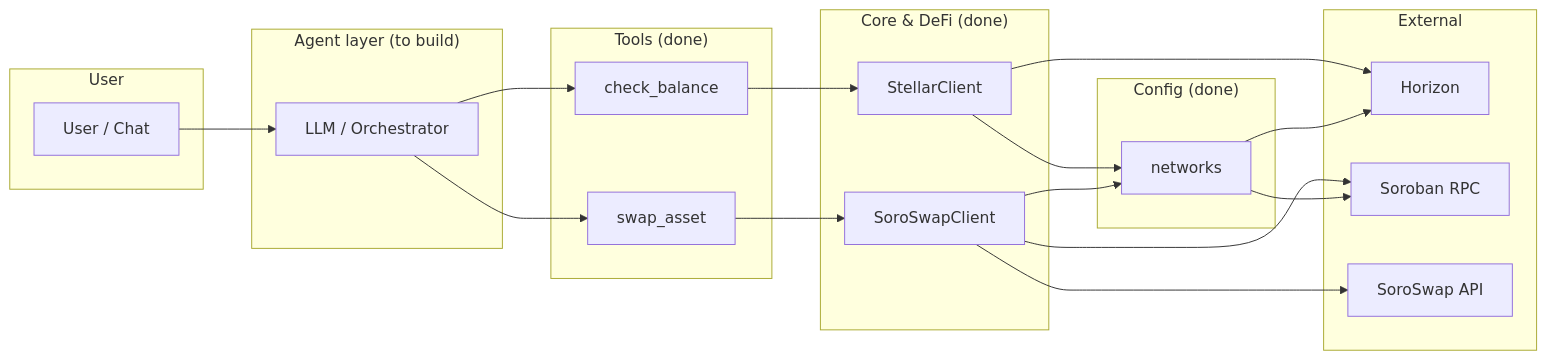
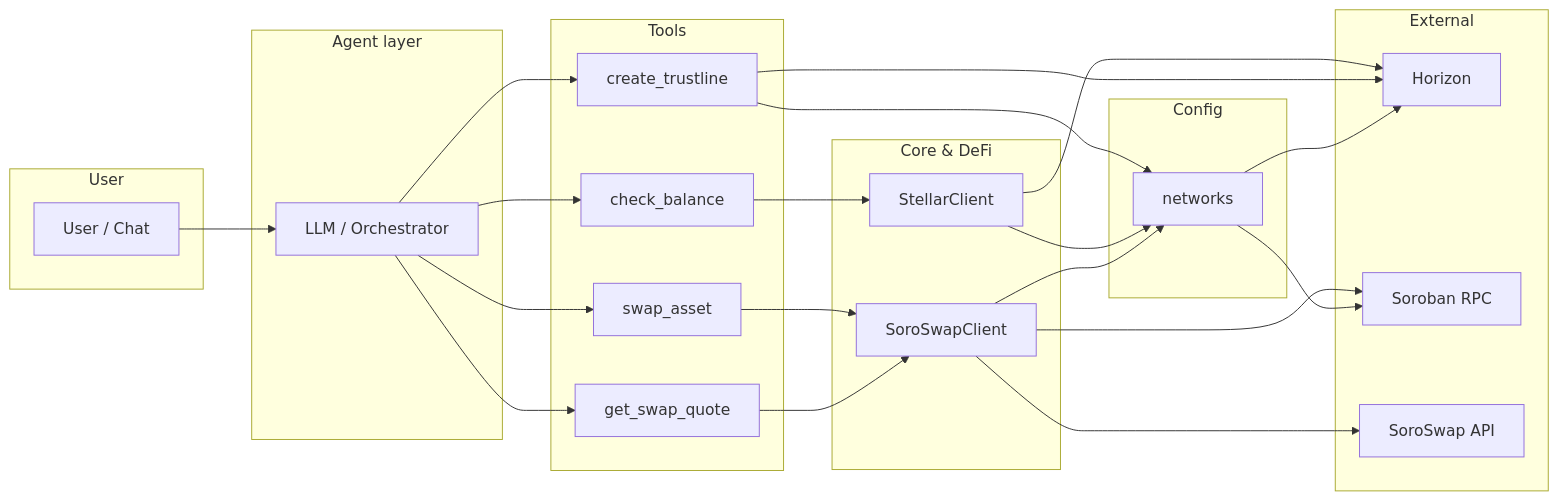
One commit to CodewMilan/stellar-agent-kit changed the first of 7 diagrams in FLOWCHART.md. Above: the diagram before and after it, drawn with Mermaid. The commit also changed other lines of this file, not shown here.

````diff
--- a/FLOWCHART.md
+++ b/FLOWCHART.md
@@ -9,43 +9,50 @@
 ```mermaid
 flowchart LR
     subgraph User
         U[User / Chat]
     end
 
-    subgraph Agent Layer["Agent layer (to build)"]
+    subgraph Agent["Agent layer"]
         A[LLM / Orchestrator]
     end
 
-    subgraph Tools["Tools (done)"]
+    subgraph Tools["Tools"]
         T1[check_balance]
         T2[swap_asset]
+        T3[create_trustline]
+        T4[get_swap_quote]
     end
 
-    subgraph Core["Core & DeFi (done)"]
+    subgraph Core["Core & DeFi"]
         C[StellarClient]
         D[SoroSwapClient]
     end
 
-    subgraph Config["Config (done)"]
+    subgraph Config["Config"]
         N[networks]
     end
 
     subgraph External["External"]
         H[Horizon]
         R[Soroban RPC]
         API[SoroSwap API]
     end
 
     U --> A
     A --> T1
     A --> T2
+    A --> T3
+    A --> T4
     T1 --> C
     T2 --> D
+    T3 --> N
+    T4 --> D
     C --> N
     D --> N
     C --> H
+    T3 --> H
     D --> R
     D --> API
     N --> H
     N --> R
 ```
````
